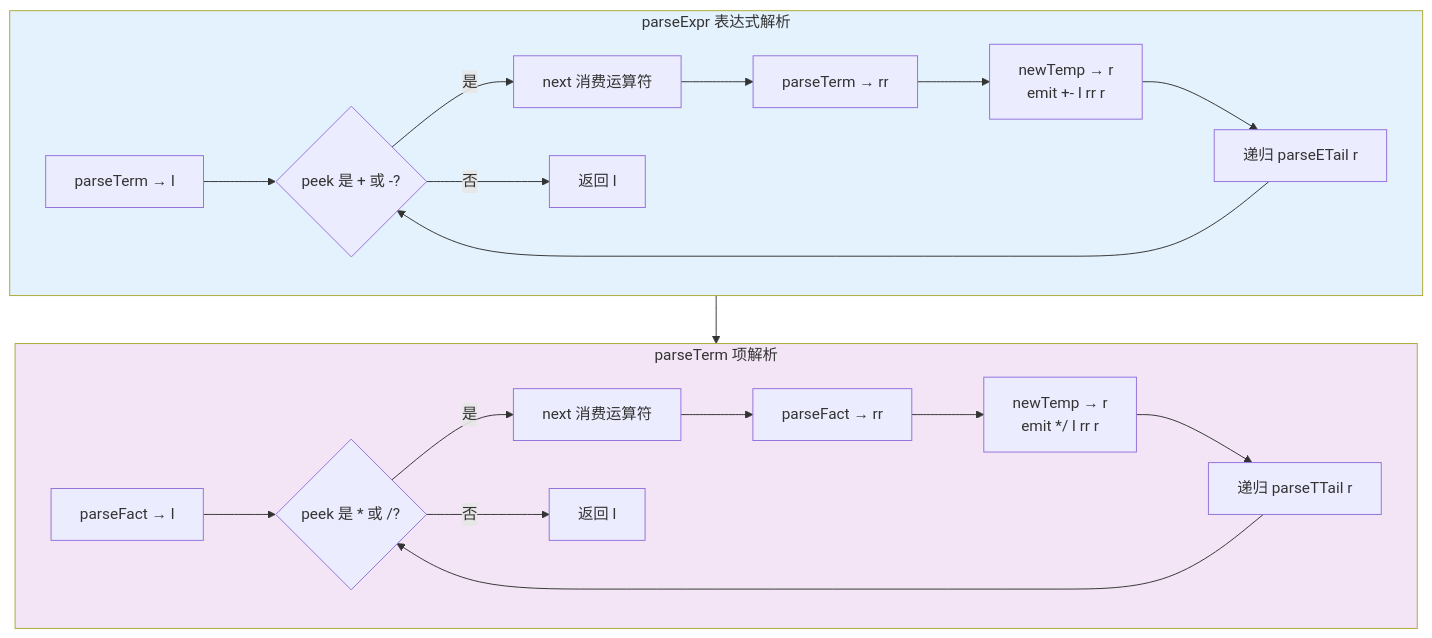
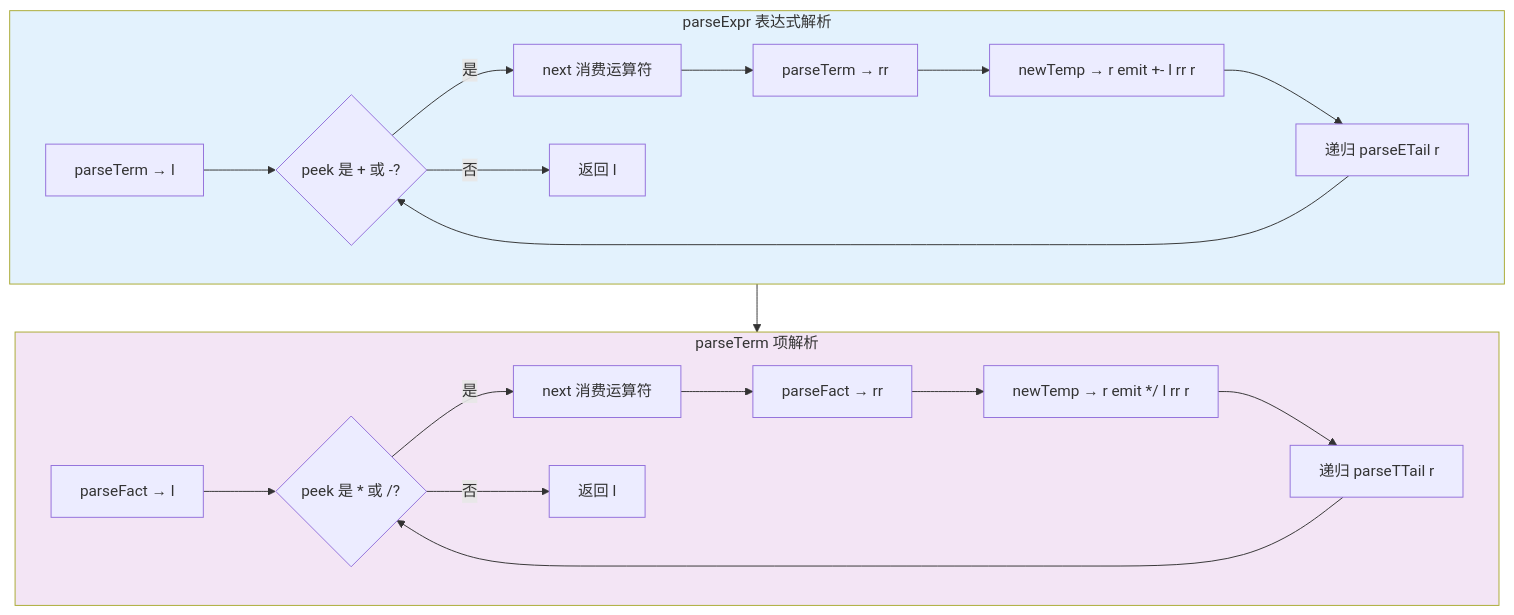
One commit to sayzwx/L--PL-0 changed the fifth of 11 diagrams in Docs/设计流程图.md. Above: the diagram before and after it, drawn with Mermaid. The commit also changed other lines of this file and 2 other files, not shown here.

Commit message:
简化 Mermaid 流程图：拆分复杂图表，移除 \\n 改用 text

````diff
--- a/Docs/设计流程图.md
+++ b/Docs/设计流程图.md
@@ -153,29 +154,29 @@
 ```mermaid
 flowchart TD
     subgraph parseExpr[parseExpr 表达式解析]
         direction LR
         T1[parseTerm → l] --> ET1{peek 是 + 或 -?}
         ET1 -->|是| Next1[next 消费运算符]
         Next1 --> T2[parseTerm → rr]
-        T2 --> E1[newTemp → r\nemit +- l rr r]
+        T2 --> E1[newTemp → r  emit +- l rr r]
         E1 --> ET1R[递归 parseETail r]
         ET1 -->|否| Ret1[返回 l]
         ET1R --> ET1
     end
     
     subgraph parseTerm[parseTerm 项解析]
         direction LR
         F1[parseFact → l] --> TT1{peek 是 * 或 /?}
         TT1 -->|是| Next2[next 消费运算符]
         Next2 --> F2[parseFact → rr]
-        F2 --> E2[newTemp → r\nemit */ l rr r]
+        F2 --> E2[newTemp → r  emit */ l rr r]
         E2 --> TT1R[递归 parseTTail r]
         TT1 -->|否| Ret2[返回 l]
         TT1R --> TT1
     end
     
     parseExpr --> parseTerm
 
     style parseExpr fill:#E3F2FD
     style parseTerm fill:#F3E5F5
 ```
````
